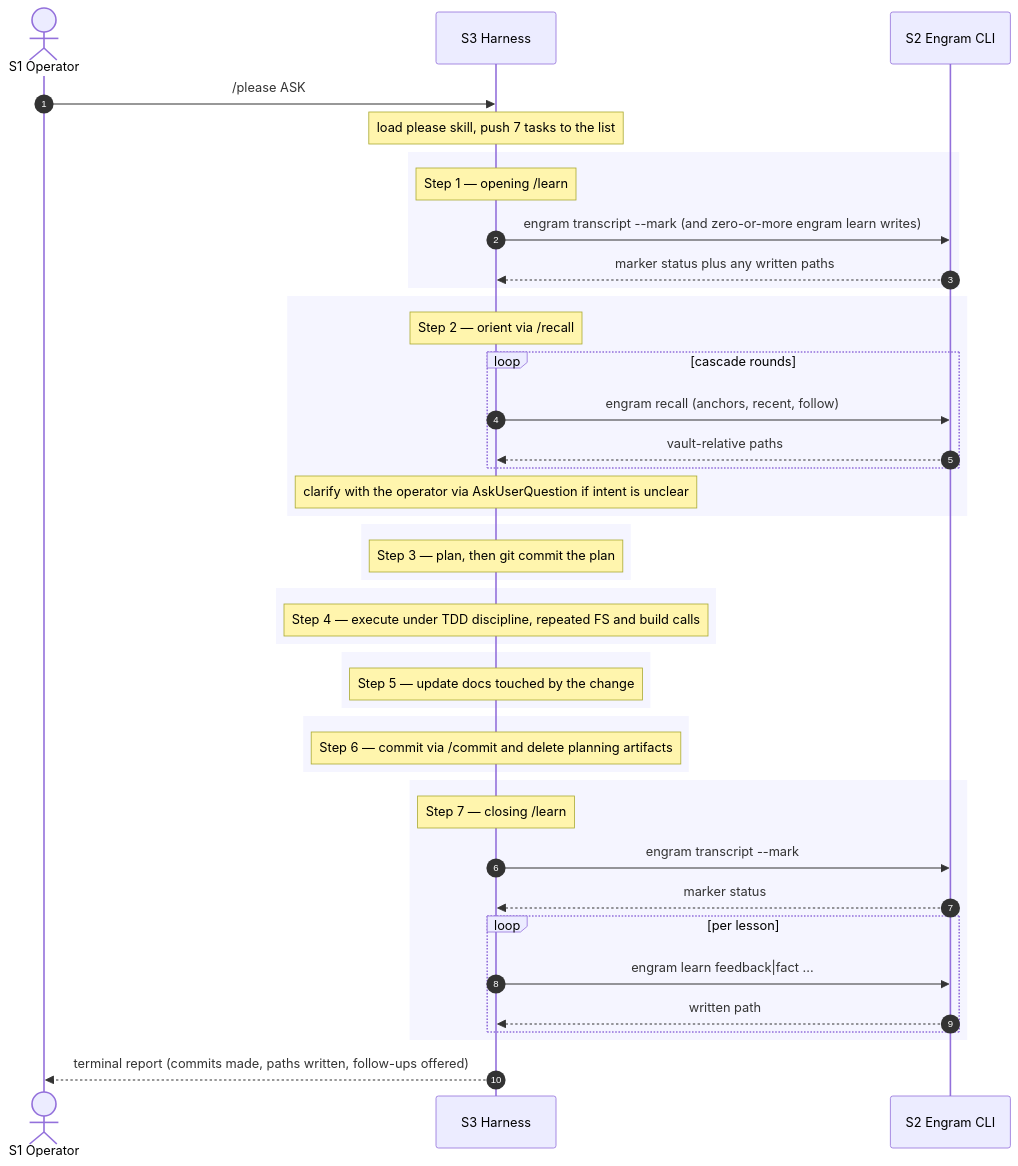
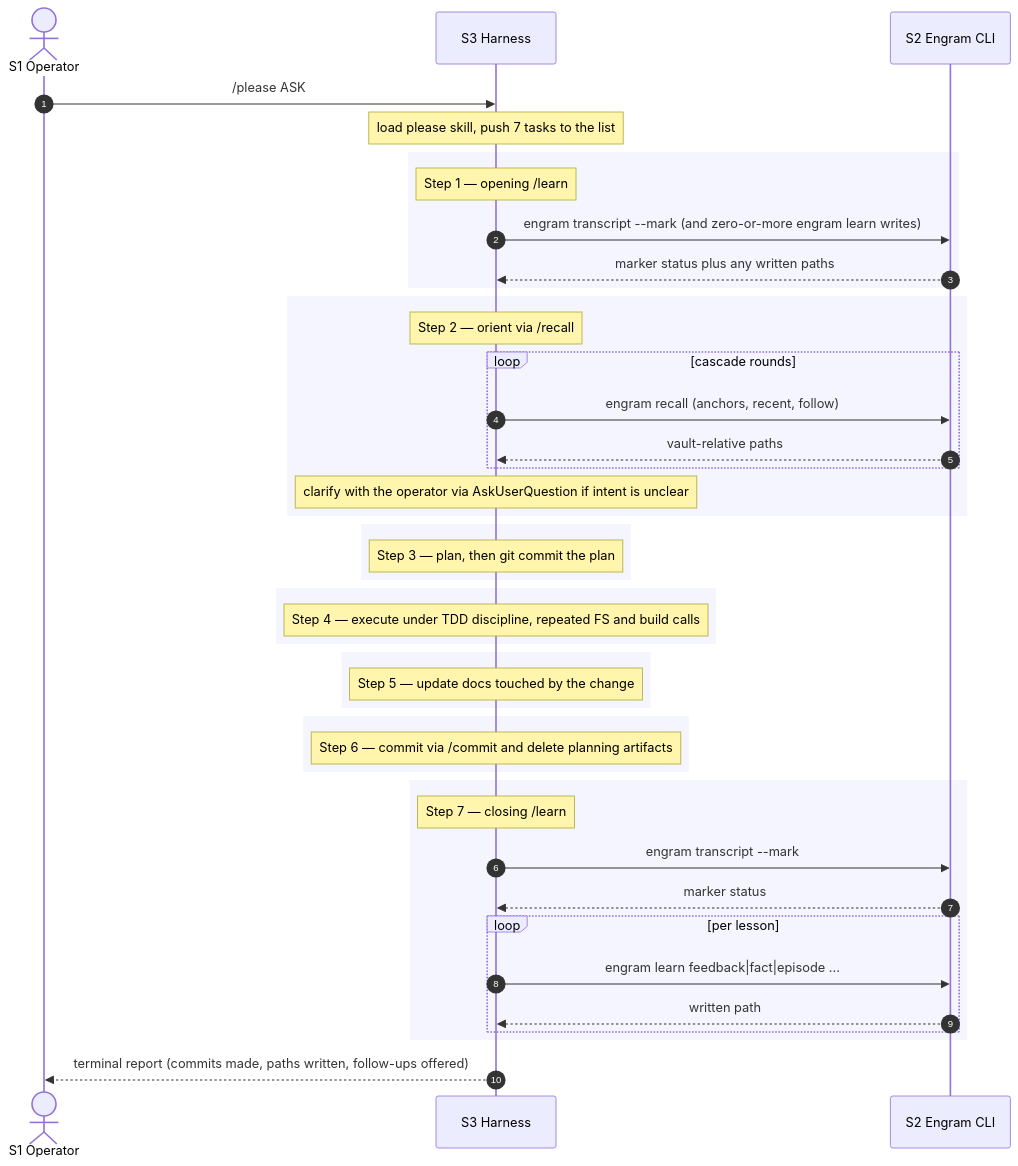
One commit to toejough/engram changed the fourth of 5 diagrams in docs/architecture/c1-system-context.md. Above: the diagram before and after it, drawn with Mermaid. The commit also changed other lines of this file and 3 other files, not shown here.

First line of the commit message:
docs: surface F1 episode kind in README/GLOSSARY/L1 diagram/roadmap

````diff
--- a/docs/architecture/c1-system-context.md
+++ b/docs/architecture/c1-system-context.md
@@ -173,53 +173,53 @@
 ```mermaid
 sequenceDiagram
     autonumber
     actor Op as S1 Operator
     participant H as S3 Harness
     participant E as S2 Engram CLI
 
     Op->>H: /please ASK
     Note over H: load please skill, push 7 tasks to the list
 
     rect rgb(245,245,255)
         Note over H: Step 1 — opening /learn
         H->>E: engram transcript --mark (and zero-or-more engram learn writes)
         E-->>H: marker status plus any written paths
     end
 
     rect rgb(245,245,255)
         Note over H: Step 2 — orient via /recall
         loop cascade rounds
             H->>E: engram recall (anchors, recent, follow)
             E-->>H: vault-relative paths
         end
         Note over H: clarify with the operator via AskUserQuestion if intent is unclear
     end
 
     rect rgb(245,245,255)
         Note over H: Step 3 — plan, then git commit the plan
     end
 
     rect rgb(245,245,255)
         Note over H: Step 4 — execute under TDD discipline, repeated FS and build calls
     end
 
     rect rgb(245,245,255)
         Note over H: Step 5 — update docs touched by the change
     end
 
     rect rgb(245,245,255)
         Note over H: Step 6 — commit via /commit and delete planning artifacts
     end
 
     rect rgb(245,245,255)
         Note over H: Step 7 — closing /learn
         H->>E: engram transcript --mark
         E-->>H: marker status
         loop per lesson
-            H->>E: engram learn feedback|fact ...
+            H->>E: engram learn feedback|fact|episode ...
             E-->>H: written path
         end
     end
 
     H-->>Op: terminal report (commits made, paths written, follow-ups offered)
 ```
````
